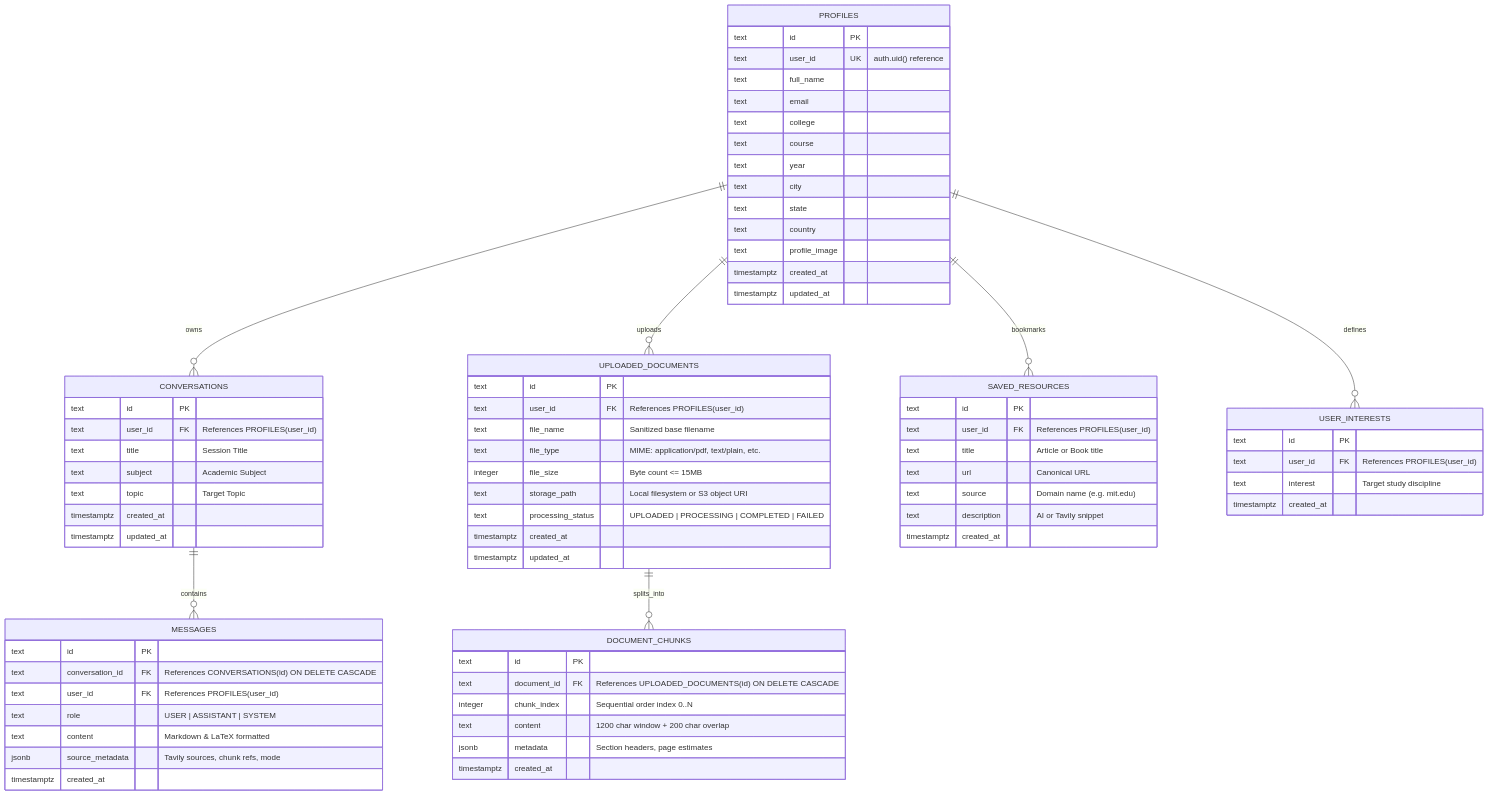
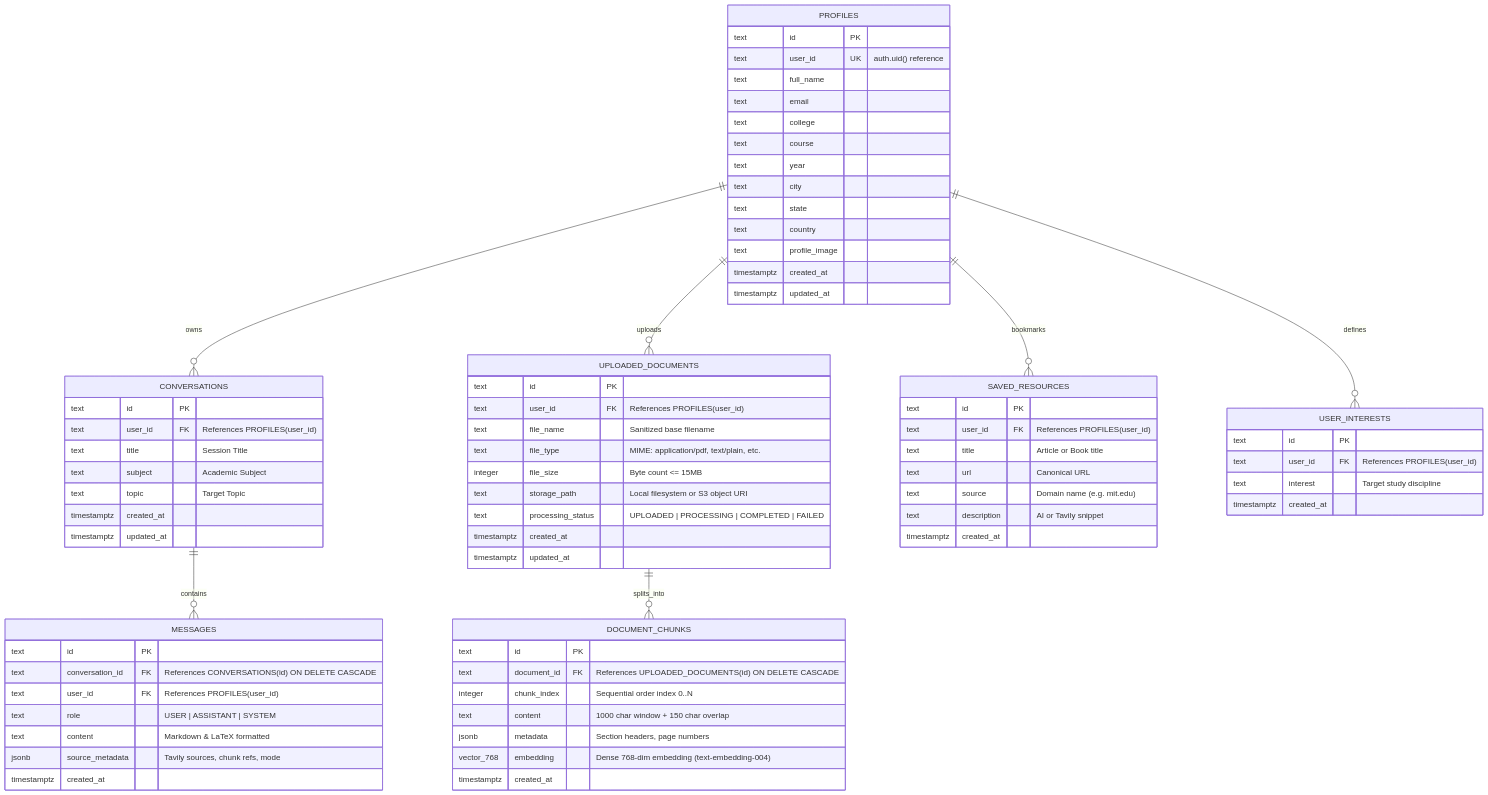
The diagram in docs/DATABASE_AND_API_SCHEMA.md (Ashish10102006/ai-study-assistant), drawn with Mermaid before and after one commit. The commit also changed other lines of this file and 4 other files, not shown here.

```diff
--- a/docs/DATABASE_AND_API_SCHEMA.md
+++ b/docs/DATABASE_AND_API_SCHEMA.md
@@ -73,8 +73,9 @@
         text id PK
         text document_id FK "References UPLOADED_DOCUMENTS(id) ON DELETE CASCADE"
         integer chunk_index "Sequential order index 0..N"
-        text content "1200 char window + 200 char overlap"
-        jsonb metadata "Section headers, page estimates"
+        text content "1000 char window + 150 char overlap"
+        jsonb metadata "Section headers, page numbers"
+        vector_768 embedding "Dense 768-dim embedding (text-embedding-004)"
         timestamptz created_at
     }
 
```
